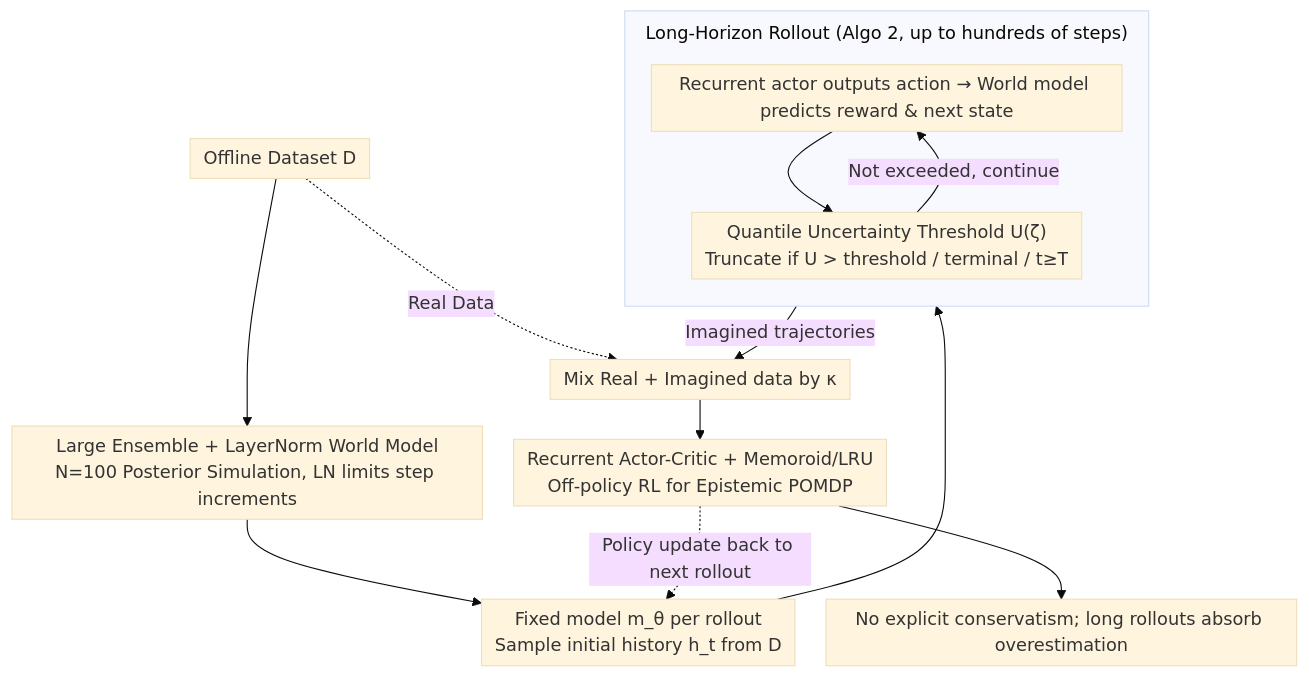
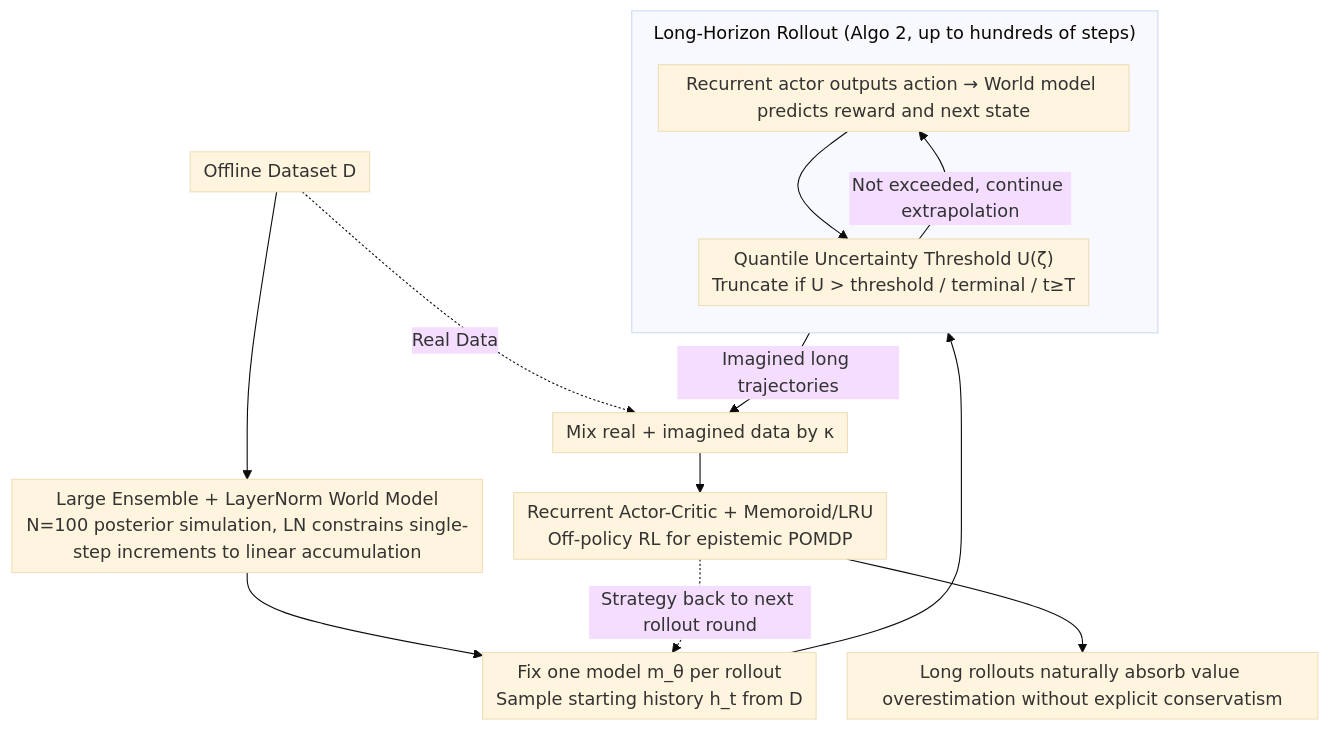
The diagram in docs/ICML2026/reinforcement_learning/long-horizon_model-based_offline_reinforcement_learning_without_explicit_conserv.md (zhaoyang97/Paper-Notes-en), drawn with Mermaid (base theme) before and after one commit. The commit also changed other lines of this file and 5084 other files, not shown here.

````diff
--- a/docs/ICML2026/reinforcement_learning/long-horizon_model-based_offline_reinforcement_learning_without_explicit_conserv.md
+++ b/docs/ICML2026/reinforcement_learning/long-horizon_model-based_offline_reinforcement_learning_without_explicit_conserv.md
@@ -47,18 +47,18 @@
 ```mermaid
 %%{init: {'flowchart': {'rankSpacing': 24, 'nodeSpacing': 28, 'padding': 6, 'wrappingWidth': 400, 'subGraphTitleMargin': {'top': 8, 'bottom': 16}}}}%%
 flowchart TD
-    D["Offline Dataset D"] --> WM["Large Ensemble + LayerNorm World Model<br/>N=100 Posterior Simulation, LN limits step increments"]
-    WM --> SAMP["Fixed model m_θ per rollout<br/>Sample initial history h_t from D"]
+    D["Offline Dataset D"] --> WM["Large Ensemble + LayerNorm World Model<br/>N=100 posterior simulation, LN constrains single-step increments to linear accumulation"]
+    WM --> SAMP["Fix one model m_θ per rollout<br/>Sample starting history h_t from D"]
     subgraph RO["Long-Horizon Rollout (Algo 2, up to hundreds of steps)"]
         direction TB
-        ACT["Recurrent actor outputs action → World model predicts reward & next state"]
+        ACT["Recurrent actor outputs action → World model predicts reward and next state"]
         ACT --> THR["Quantile Uncertainty Threshold U(ζ)<br/>Truncate if U > threshold / terminal / t≥T"]
-        THR -->|Not exceeded, continue| ACT
+        THR -->|Not exceeded, continue extrapolation| ACT
     end
     SAMP --> RO
-    RO -->|Imagined trajectories| MIX["Mix Real + Imagined data by κ"]
+    RO -->|Imagined long trajectories| MIX["Mix real + imagined data by κ"]
     D -. Real Data .-> MIX
-    MIX --> RL["Recurrent Actor-Critic + Memoroid/LRU<br/>Off-policy RL for Epistemic POMDP"]
-    RL -. Policy update back to next rollout .-> SAMP
-    RL --> OUT["No explicit conservatism; long rollouts absorb overestimation"]
+    MIX --> RL["Recurrent Actor-Critic + Memoroid/LRU<br/>Off-policy RL for epistemic POMDP"]
+    RL -. Strategy back to next rollout round .-> SAMP
+    RL --> OUT["Long rollouts naturally absorb value overestimation without explicit conservatism"]
 ```
````
